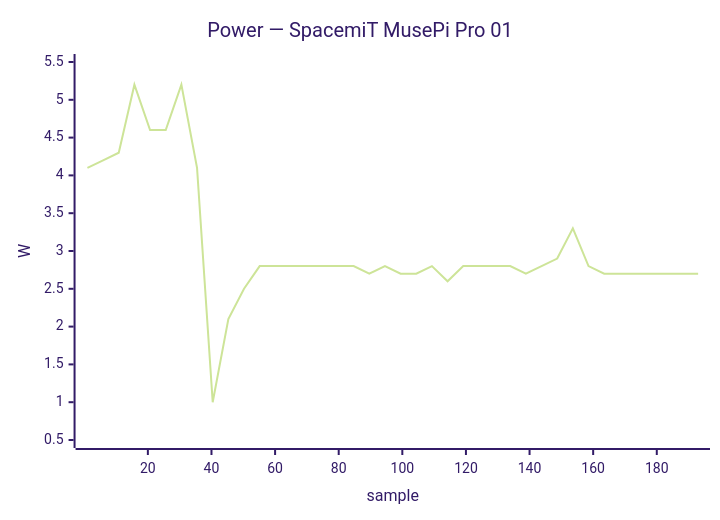
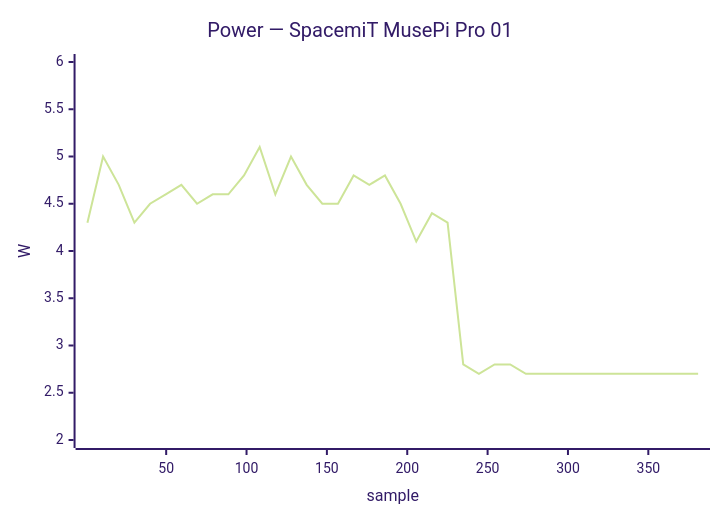
The third of 41 diagrams in docs/status/board-tests.md (armbian/documentation), drawn with Mermaid (forest theme) before and after one commit. The commit also changed other lines of this file, not shown here.

````diff
--- a/docs/status/board-tests.md
+++ b/docs/status/board-tests.md
@@ -153,7 +153,7 @@
 ```mermaid
 xychart-beta
     title "Power — SpacemiT MusePi Pro 01"
-    x-axis "sample" 1 --> 193
-    y-axis "W" 0.5 --> 5.5
-    line [4.1, 4.2, 4.3, 5.2, 4.6, 4.6, 5.2, 4.1, 1.0, 2.1, 2.5, 2.8, 2.8, 2.8, 2.8, 2.8, 2.8, 2.8, 2.7, 2.8, 2.7, 2.7, 2.8, 2.6, 2.8, 2.8, 2.8, 2.8, 2.7, 2.8, 2.9, 3.3, 2.8, 2.7, 2.7, 2.7, 2.7, 2.7, 2.7, 2.7]
+    x-axis "sample" 1 --> 381
+    y-axis "W" 2.0 --> 6.0
+    line [4.3, 5.0, 4.7, 4.3, 4.5, 4.6, 4.7, 4.5, 4.6, 4.6, 4.8, 5.1, 4.6, 5.0, 4.7, 4.5, 4.5, 4.8, 4.7, 4.8, 4.5, 4.1, 4.4, 4.3, 2.8, 2.7, 2.8, 2.8, 2.7, 2.7, 2.7, 2.7, 2.7, 2.7, 2.7, 2.7, 2.7, 2.7, 2.7, 2.7]
 ```
````
